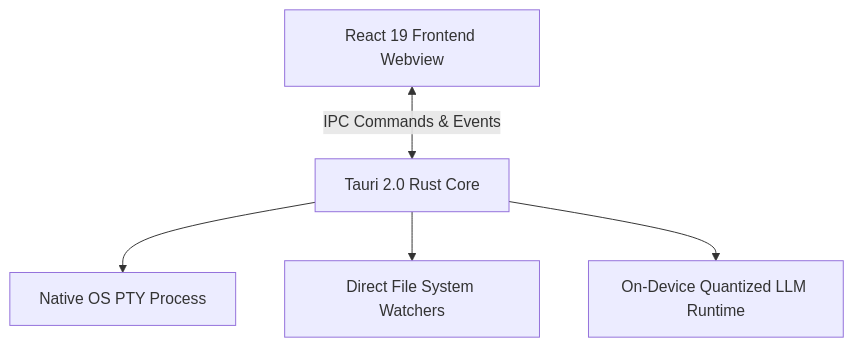
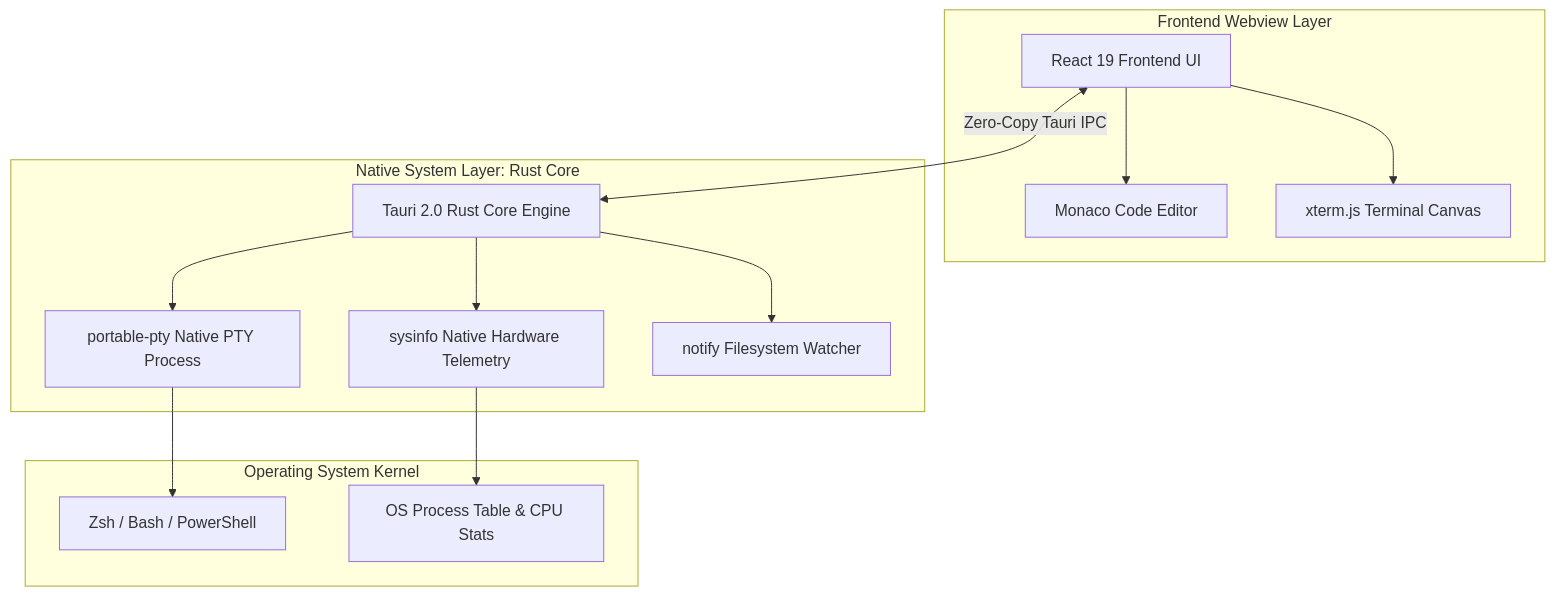
Before and after one commit to MasterZ1311/Dev-AURA: the diagram in docs/project-case-studies/native-desktop-and-systems/codexos-developer-os.md, drawn with Mermaid. The commit also changed other lines of this file and 21 other files, not shown here.

````diff
--- a/docs/project-case-studies/native-desktop-and-systems/codexos-developer-os.md
+++ b/docs/project-case-studies/native-desktop-and-systems/codexos-developer-os.md
@@ -12,7 +32,19 @@
 ```mermaid
 graph TD
-    UI[React 19 Frontend Webview] <-->|IPC Commands & Events| RustCore[Tauri 2.0 Rust Core]
-    RustCore --> PTY[Native OS PTY Process]
-    RustCore --> FS[Direct File System Watchers]
-    RustCore --> LocalAI[On-Device Quantized LLM Runtime]
+    subgraph Frontend Webview Layer
+        React[React 19 Frontend UI] --> Monaco[Monaco Code Editor]
+        React --> Xterm[xterm.js Terminal Canvas]
+    end
+
+    subgraph Native System Layer: Rust Core
+        React <-->|Zero-Copy Tauri IPC| RustBridge[Tauri 2.0 Rust Core Engine]
+        RustBridge --> PTY[portable-pty Native PTY Process]
+        RustBridge --> SysInfo[sysinfo Native Hardware Telemetry]
+        RustBridge --> FSWatch[notify Filesystem Watcher]
+    end
+
+    subgraph Operating System Kernel
+        PTY --> Shell[Zsh / Bash / PowerShell]
+        SysInfo --> Kernel[OS Process Table & CPU Stats]
+    end
 ```
````
